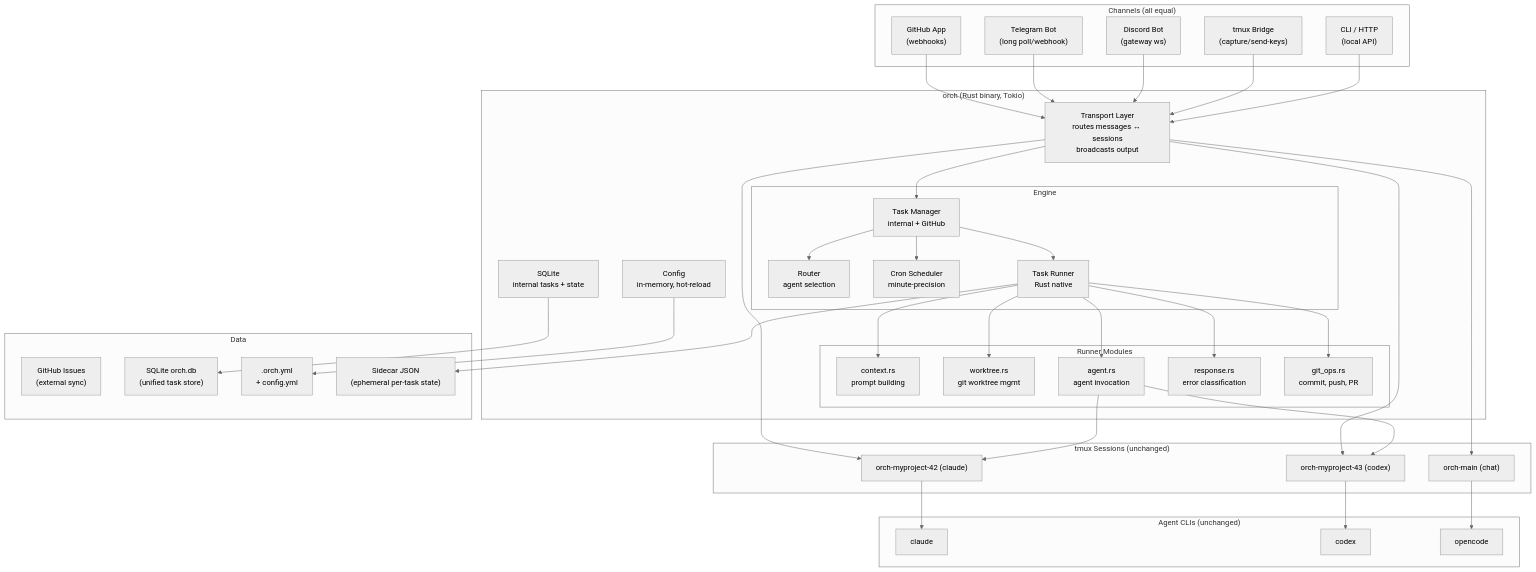
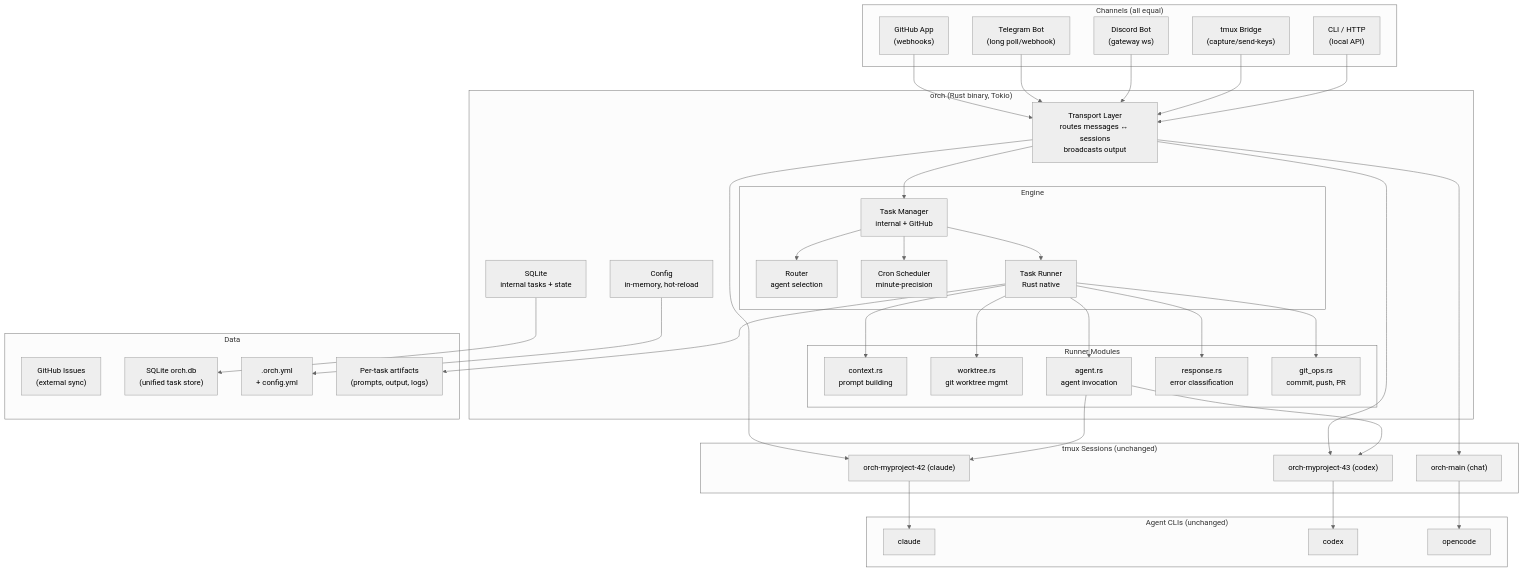
Before and after one commit to gabrielkoerich/orch: the third of 3 diagrams in PLAN.md, drawn with Mermaid (neutral theme). The commit also changed other lines of this file and 8 other files, not shown here.

````diff
--- a/PLAN.md
+++ b/PLAN.md
@@ -267,82 +267,82 @@
 ```mermaid
 graph TB
     subgraph "Channels (all equal)"
         GH_CH["GitHub App<br/>(webhooks)"]
         TG_CH["Telegram Bot<br/>(long poll/webhook)"]
         DC_CH["Discord Bot<br/>(gateway ws)"]
         TMUX_CH["tmux Bridge<br/>(capture/send-keys)"]
         CLI_CH["CLI / HTTP<br/>(local API)"]
     end
 
     subgraph "orch (Rust binary, Tokio)"
         TRANSPORT["Transport Layer<br/>routes messages ↔ sessions<br/>broadcasts output"]
 
         subgraph "Engine"
             TASKS["Task Manager<br/>internal + GitHub"]
             ROUTER["Router<br/>agent selection"]
             SCHEDULER["Cron Scheduler<br/>minute-precision"]
             RUNNER["Task Runner<br/>Rust native"]
         end
 
         subgraph "Runner Modules"
             CTX["context.rs<br/>prompt building"]
             WT["worktree.rs<br/>git worktree mgmt"]
             AGT["agent.rs<br/>agent invocation"]
             RESP["response.rs<br/>error classification"]
             GITOPS["git_ops.rs<br/>commit, push, PR"]
         end
 
         CONFIG_RS["Config<br/>in-memory, hot-reload"]
         SQLITE["SQLite<br/>internal tasks + state"]
     end
 
     subgraph "Agent CLIs (unchanged)"
         CL["claude"]
         CO["codex"]
         OC["opencode"]
     end
 
     subgraph "tmux Sessions (unchanged)"
         T1["orch-myproject-42 (claude)"]
         T2["orch-myproject-43 (codex)"]
         T3["orch-main (chat)"]
     end
 
     subgraph "Data"
         GH_ISSUES["GitHub Issues<br/>(external sync)"]
         LOCAL_DB["SQLite orch.db<br/>(unified task store)"]
         YAML[".orch.yml<br/>+ config.yml"]
-        SIDE["Sidecar JSON<br/>(ephemeral per-task state)"]
+        SIDE["Per-task artifacts<br/>(prompts, output, logs)"]
     end
 
     GH_CH --> TRANSPORT
     TG_CH --> TRANSPORT
     DC_CH --> TRANSPORT
     TMUX_CH --> TRANSPORT
     CLI_CH --> TRANSPORT
 
     TRANSPORT --> TASKS
     TRANSPORT --> T1
     TRANSPORT --> T2
     TRANSPORT --> T3
 
     TASKS --> ROUTER
     TASKS --> SCHEDULER
     TASKS --> RUNNER
 
     RUNNER --> CTX
     RUNNER --> WT
     RUNNER --> AGT
     RUNNER --> RESP
     RUNNER --> GITOPS
     AGT --> T1
     AGT --> T2
 
     T1 --> CL
     T2 --> CO
     T3 --> OC
 
     SQLITE --> LOCAL_DB
     CONFIG_RS --> YAML
     RUNNER --> SIDE
 ```
````
